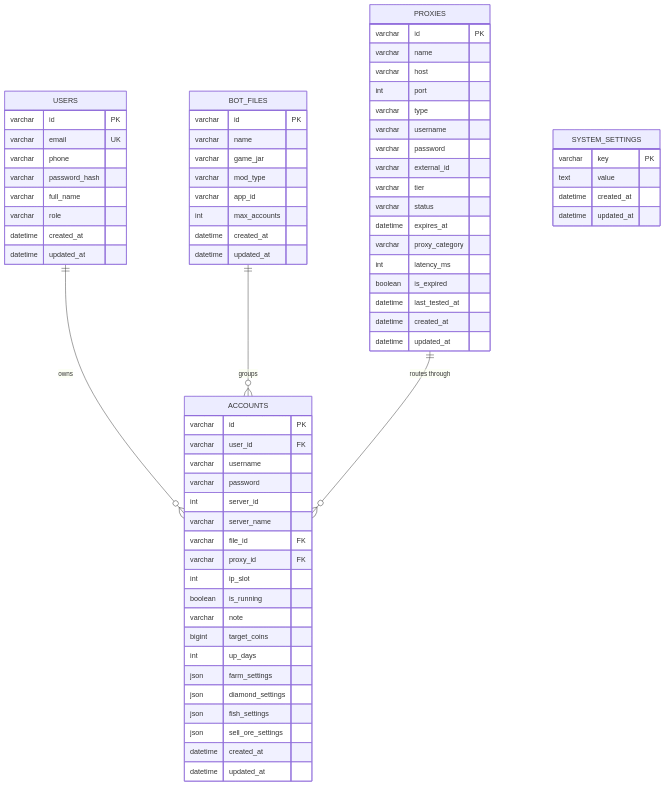
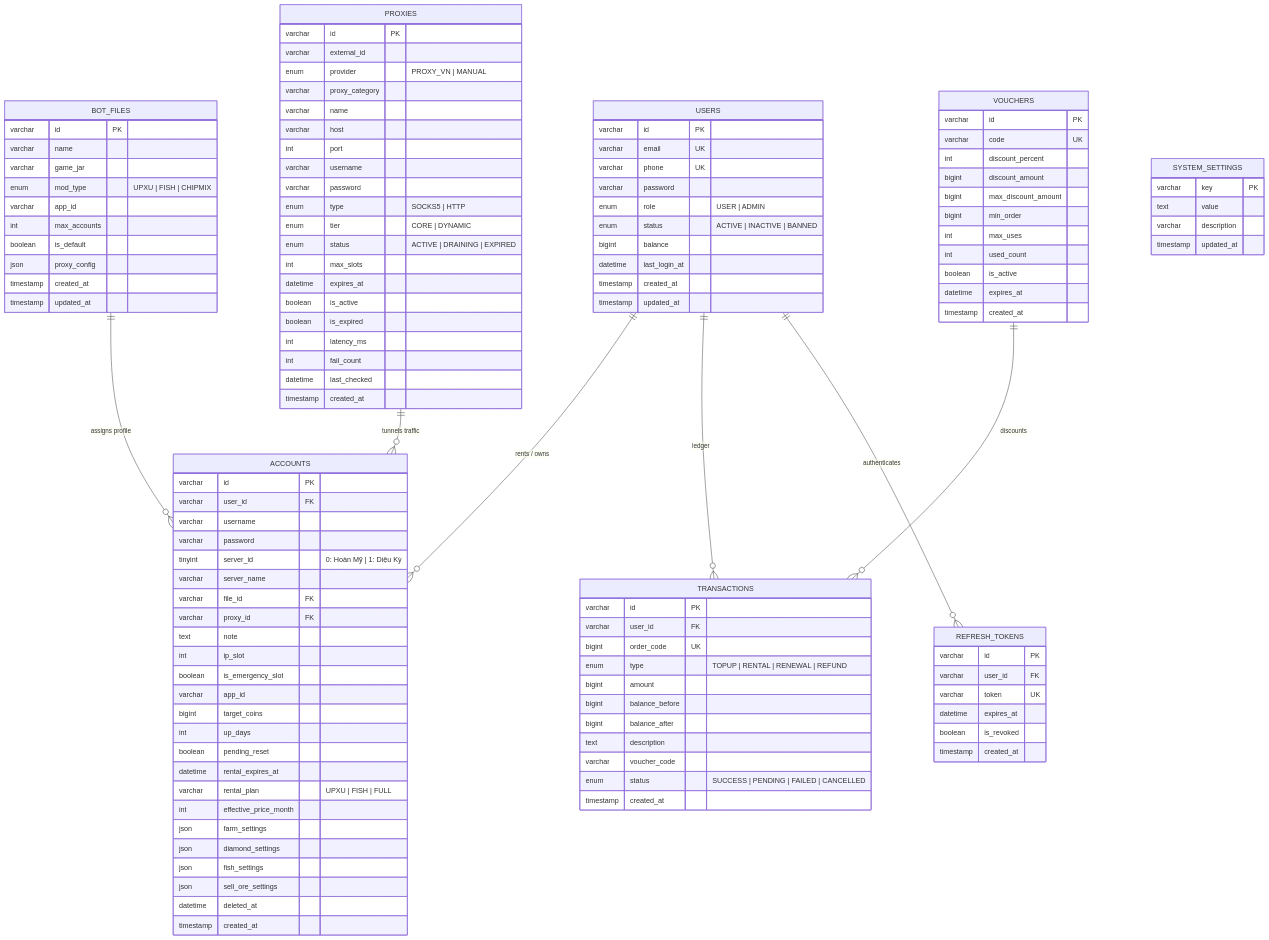
Before and after one commit to hoangbmt023/auto-server-manager-avatar2d-angleChip: the diagram in docs/DATABASE.md, drawn with Mermaid. The commit also changed other lines of this file and 9 other files, not shown here.

````diff
--- a/docs/DATABASE.md
+++ b/docs/DATABASE.md
@@ -15,49 +17,59 @@
 ```mermaid
 erDiagram
-    USERS ||--o{ ACCOUNTS : "owns"
-    BOT_FILES ||--o{ ACCOUNTS : "groups"
-    PROXIES ||--o{ ACCOUNTS : "routes through"
+    USERS ||--o{ ACCOUNTS : "rents / owns"
+    USERS ||--o{ TRANSACTIONS : "ledger"
+    USERS ||--o{ REFRESH_TOKENS : "authenticates"
+    BOT_FILES ||--o{ ACCOUNTS : "assigns profile"
+    PROXIES ||--o{ ACCOUNTS : "tunnels traffic"
+    VOUCHERS ||--o{ TRANSACTIONS : "discounts"
 
     USERS {
         varchar id PK
         varchar email UK
-        varchar phone
-        varchar password_hash
-        varchar full_name
-        varchar role
-        datetime created_at
-        datetime updated_at
+        varchar phone UK
+        varchar password
+        enum role "USER | ADMIN"
+        enum status "ACTIVE | INACTIVE | BANNED"
+        bigint balance
+        datetime last_login_at
+        timestamp created_at
+        timestamp updated_at
     }
 
     BOT_FILES {
         varchar id PK
         varchar name
         varchar game_jar
-        varchar mod_type
+        enum mod_type "UPXU | FISH | CHIPMIX"
         varchar app_id
         int max_accounts
-        datetime created_at
-        datetime updated_at
+        boolean is_default
+        json proxy_config
+        timestamp created_at
+        timestamp updated_at
     }
 
     PROXIES {
         varchar id PK
+        varchar external_id
+        enum provider "PROXY_VN | MANUAL"
+        varchar proxy_category
         varchar name
         varchar host
         int port
-        varchar type
         varchar username
         varchar password
-        varchar external_id
-        varchar tier
-        varchar status
+        enum type "SOCKS5 | HTTP"
+        enum tier "CORE | DYNAMIC"
+        enum status "ACTIVE | DRAINING | EXPIRED"
+        int max_slots
         datetime expires_at
-        varchar proxy_category
+        boolean is_active
+        boolean is_expired
         int latency_ms
-        boolean is_expired
-        datetime last_tested_at
-        datetime created_at
-        datetime updated_at
+        int fail_count
+        datetime last_checked
+        timestamp created_at
     }
 
     ACCOUNTS {
@@ -65,27 +77,69 @@
         varchar user_id FK
         varchar username
         varchar password
-        int server_id
+        tinyint server_id "0: Hoàn Mỹ | 1: Diệu Kỳ"
         varchar server_name
         varchar file_id FK
         varchar proxy_id FK
+        text note
         int ip_slot
-        boolean is_running
-        varchar note
+        boolean is_emergency_slot
+        varchar app_id
         bigint target_coins
         int up_days
+        boolean pending_reset
+        datetime rental_expires_at
+        varchar rental_plan "UPXU | FISH | FULL"
+        int effective_price_month
         json farm_settings
         json diamond_settings
         json fish_settings
         json sell_ore_settings
-        datetime created_at
-        datetime updated_at
+        datetime deleted_at
+        timestamp created_at
+    }
+
+    TRANSACTIONS {
+        varchar id PK
+        varchar user_id FK
+        bigint order_code UK
+        enum type "TOPUP | RENTAL | RENEWAL | REFUND"
+        bigint amount
+        bigint balance_before
+        bigint balance_after
+        text description
+        varchar voucher_code
+        enum status "SUCCESS | PENDING | FAILED | CANCELLED"
+        timestamp created_at
+    }
+
+    VOUCHERS {
+        varchar id PK
+        varchar code UK
+        int discount_percent
+        bigint discount_amount
+        bigint max_discount_amount
+        bigint min_order
+        int max_uses
+        int used_count
+        boolean is_active
+        datetime expires_at
+        timestamp created_at
+    }
+
+    REFRESH_TOKENS {
+        varchar id PK
+        varchar user_id FK
+        varchar token UK
+        datetime expires_at
+        boolean is_revoked
+        timestamp created_at
     }
 
     SYSTEM_SETTINGS {
         varchar key PK
         text value
-        datetime created_at
-        datetime updated_at
+        varchar description
+        timestamp updated_at
     }
 ```
````
